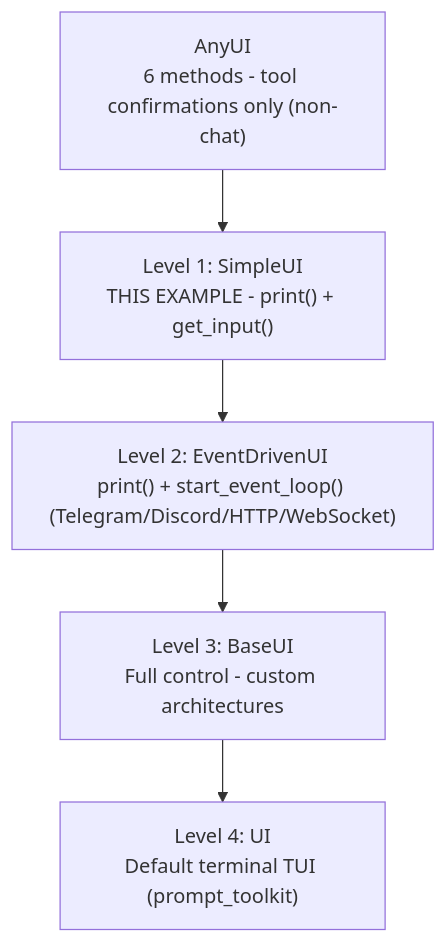
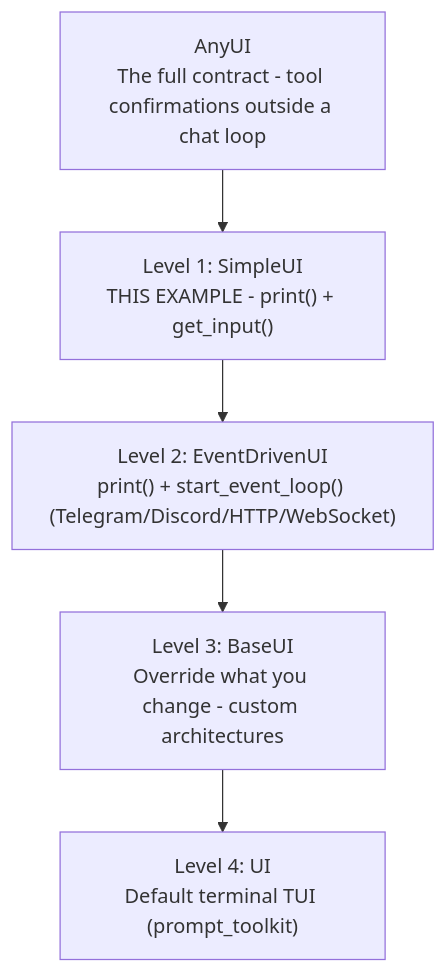
One commit to state-alchemists/zrb changed the diagram in examples/chat-minimal-ui/README.md. Above: the diagram before and after it, drawn with Mermaid. The commit also changed other lines of this file and 17 other files, not shown here.

````diff
--- a/examples/chat-minimal-ui/README.md
+++ b/examples/chat-minimal-ui/README.md
@@ -15,10 +15,10 @@
 ```mermaid
 flowchart TB
-    AnyUI["AnyUI<br/>6 methods - tool confirmations only (non-chat)"]
+    AnyUI["AnyUI<br/>The full contract - tool confirmations outside a chat loop"]
     Level1["Level 1: SimpleUI<br/>THIS EXAMPLE - print() + get_input()"]
     Level2["Level 2: EventDrivenUI<br/>print() + start_event_loop() (Telegram/Discord/HTTP/WebSocket)"]
-    Level3["Level 3: BaseUI<br/>Full control - custom architectures"]
+    Level3["Level 3: BaseUI<br/>Override what you change - custom architectures"]
     Level4["Level 4: UI<br/>Default terminal TUI (prompt_toolkit)"]
 
     AnyUI --> Level1 --> Level2 --> Level3 --> Level4
 ```
````
